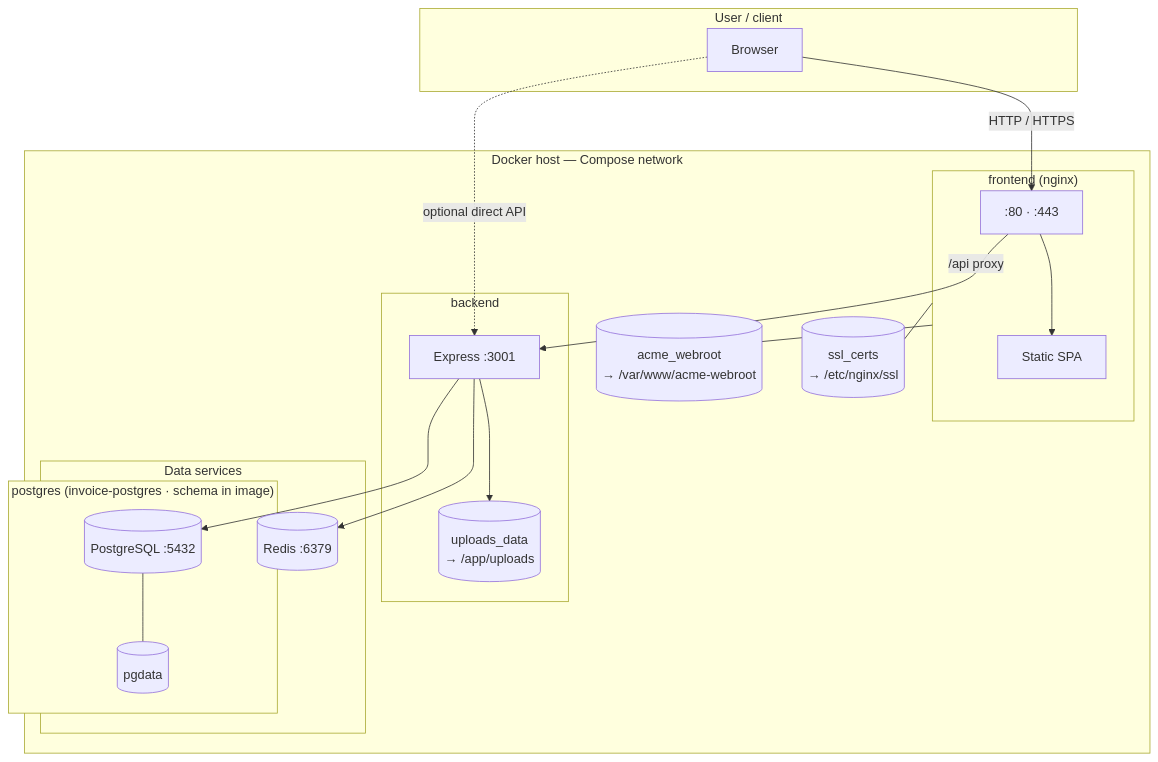
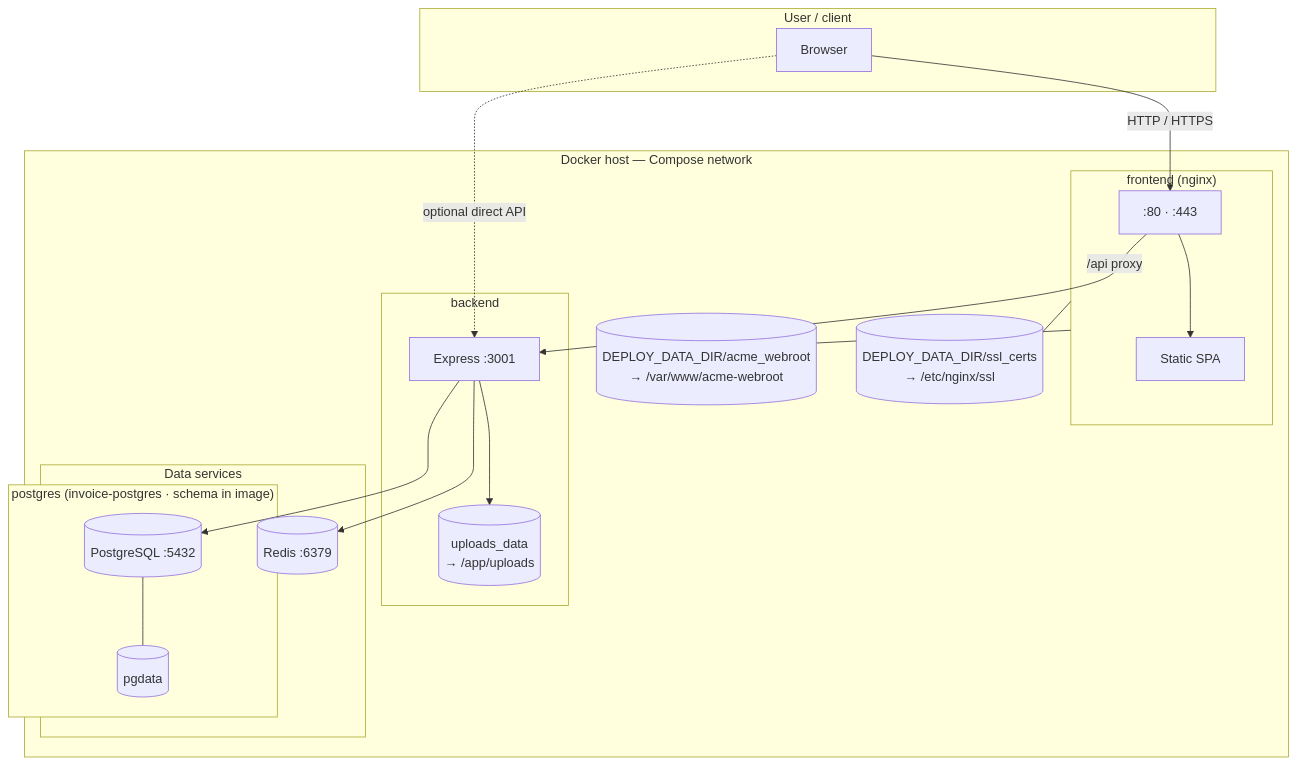
One commit to becomeonewiththecode/invoicing changed the diagram in deployment/diagram.md. Above: the diagram before and after it, drawn with Mermaid. The commit also changed other lines of this file and 10 other files, not shown here.

First line of the commit message:
deployment: TLS bind mounts under DEPLOY_DATA_DIR; standalone compose dir docs

````diff
--- a/deployment/diagram.md
+++ b/deployment/diagram.md
@@ -5,40 +5,40 @@
 ```mermaid
 flowchart TB
   subgraph Internet["User / client"]
     U[Browser]
   end
 
   subgraph Host["Docker host — Compose network"]
     subgraph FE["frontend (nginx)"]
       NG[":80 · :443"]
       SPA[Static SPA]
       NG --> SPA
     end
 
-    ACME[("acme_webroot\n→ /var/www/acme-webroot")]
-    TLS[("ssl_certs\n→ /etc/nginx/ssl")]
+    ACME[("DEPLOY_DATA_DIR/acme_webroot\n→ /var/www/acme-webroot")]
+    TLS[("DEPLOY_DATA_DIR/ssl_certs\n→ /etc/nginx/ssl")]
     FE --- ACME
     FE --- TLS
 
     subgraph BE["backend"]
       API[Express :3001]
       UP[("uploads_data\n→ /app/uploads")]
       API --> UP
     end
 
     subgraph Data["Data services"]
       subgraph PGsvc["postgres (invoice-postgres · schema in image)"]
         PG[(PostgreSQL :5432)]
         PGVOL[("pgdata")]
         PG --- PGVOL
       end
       RD[(Redis :6379)]
     end
   end
 
   U -->|HTTP / HTTPS| NG
   NG -->|"/api proxy"| API
   U -.->|optional direct API| API
   API --> PG
   API --> RD
 ```
````
